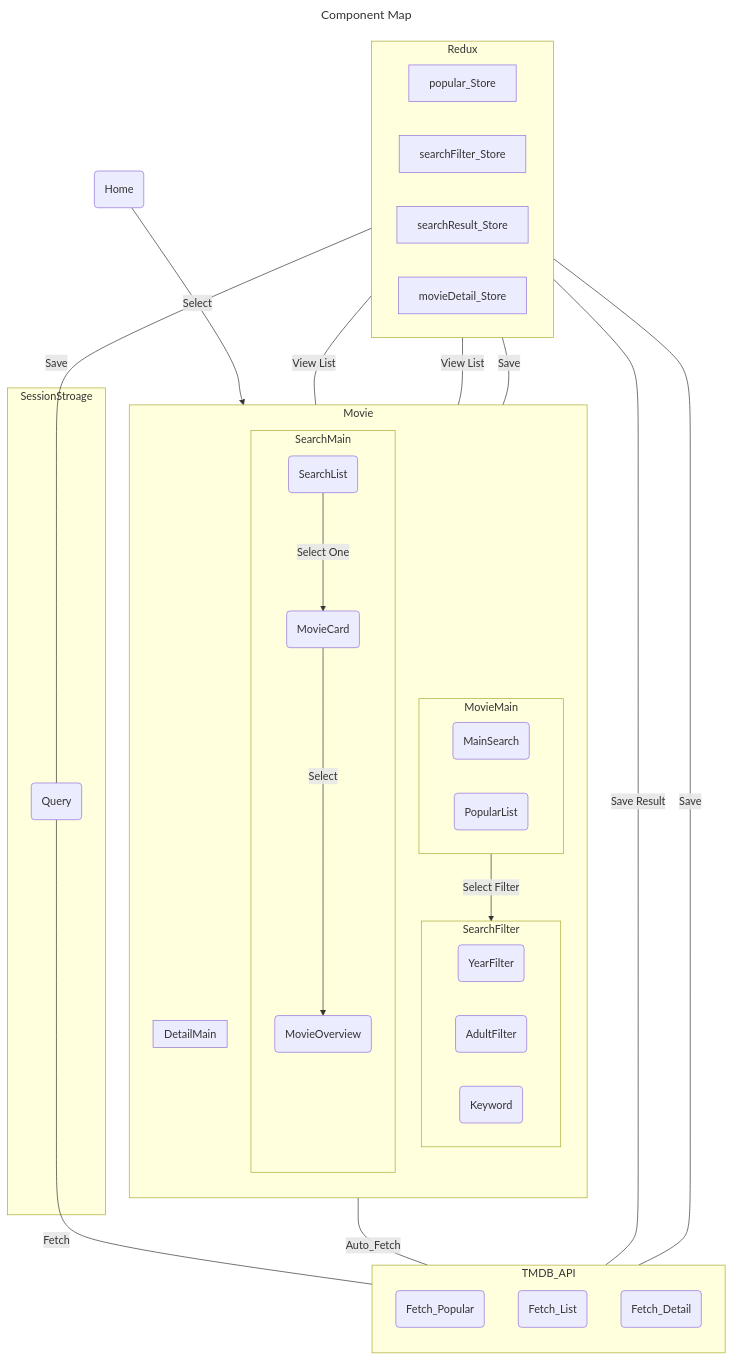
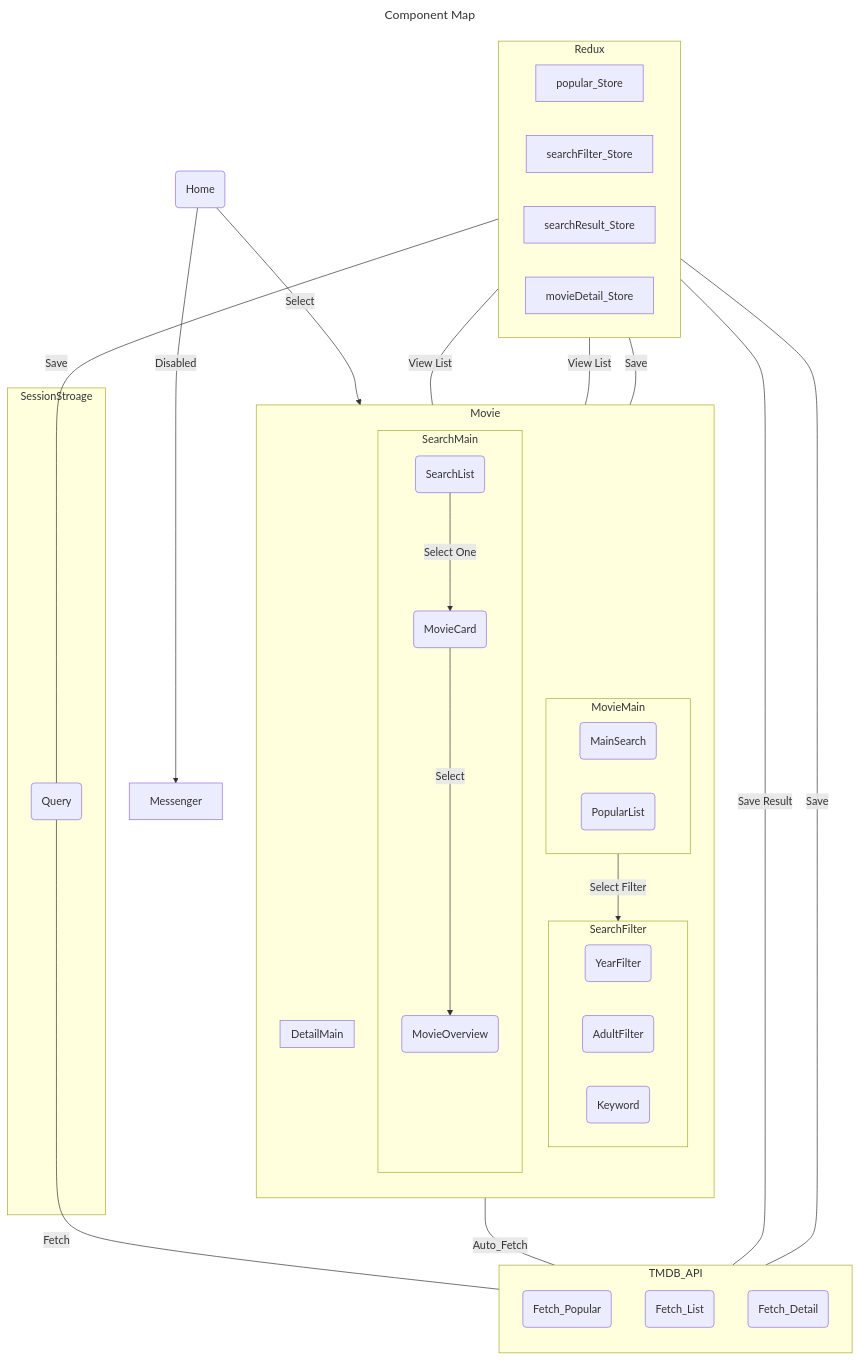
Before and after one commit to BYSooooo/Next_Template: the diagram in README.md, drawn with Mermaid. The commit also changed 1 other file, not shown here.

Commit message:
[231011] Modifying ReadMe

````diff
--- a/README.md
+++ b/README.md
@@ -2,46 +2,47 @@
 ```mermaid
 ---
 title : Component Map
 ---
 flowchart TB
     home(Home)
     subgraph Movie
         direction TB
         subgraph MovieMain
             direction LR
             mainsearch(MainSearch)
             popularlist(PopularList)
         end
         subgraph SearchFilter
             sf_year(YearFilter)
             sf_adult(AdultFilter)
             sf_keyword(Keyword)
         end
         subgraph SearchMain
             sm_list(SearchList) --->|Select One|sm_card(MovieCard) --->|Select|sm_overview(MovieOverview)
         end
         subgraph DetailMain
 
         end
     end
     subgraph TMDB_API
         direction TB
         f_popular(Fetch_Popular)
         f_search(Fetch_List)
         f_detail(Fetch_Detail)
     end
     subgraph SessionStroage
         s_query(Query)
     end
     subgraph Redux
         direction LR
         r_popular[popular_Store]
         r_search[searchFilter_Store]
         r_result[searchResult_Store]
         r_detail[movieDetail_Store]
     end
 home -->|Select|Movie
+home -->|Disabled|Messenger
 Movie ---|Auto_Fetch|f_popular ---|Save Result|r_popular ---|View List|popularlist
 mainsearch -->|Select Filter|SearchFilter --- |Save|r_search ---|Save|s_query
 s_query ---|Fetch|f_search ---|Save|r_result ---|View List|sm_list
 ```
````
